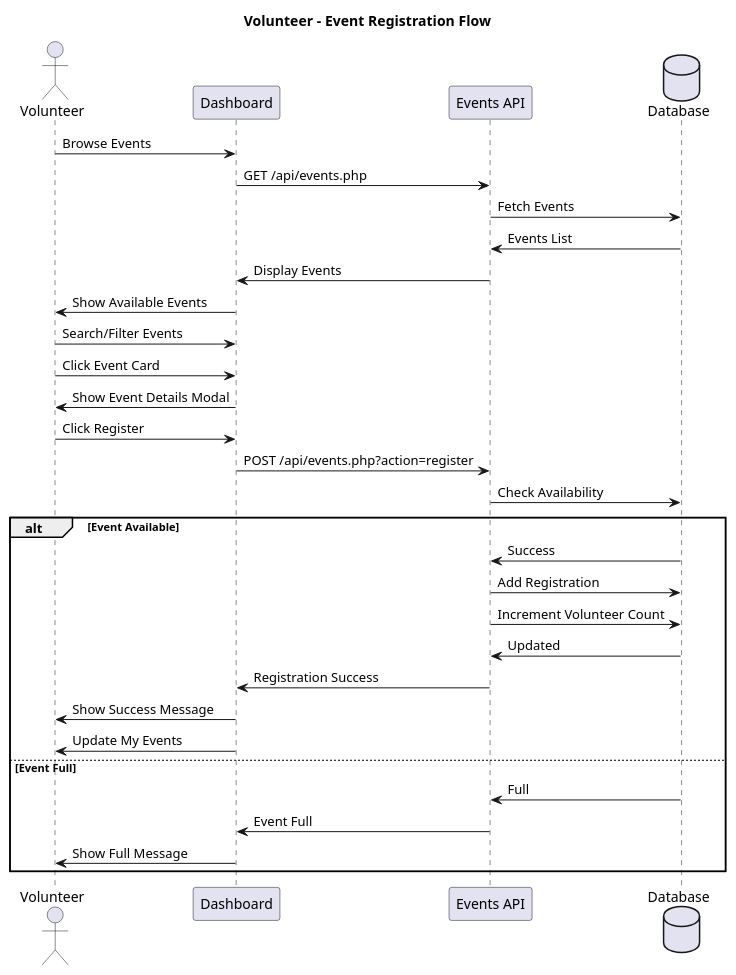
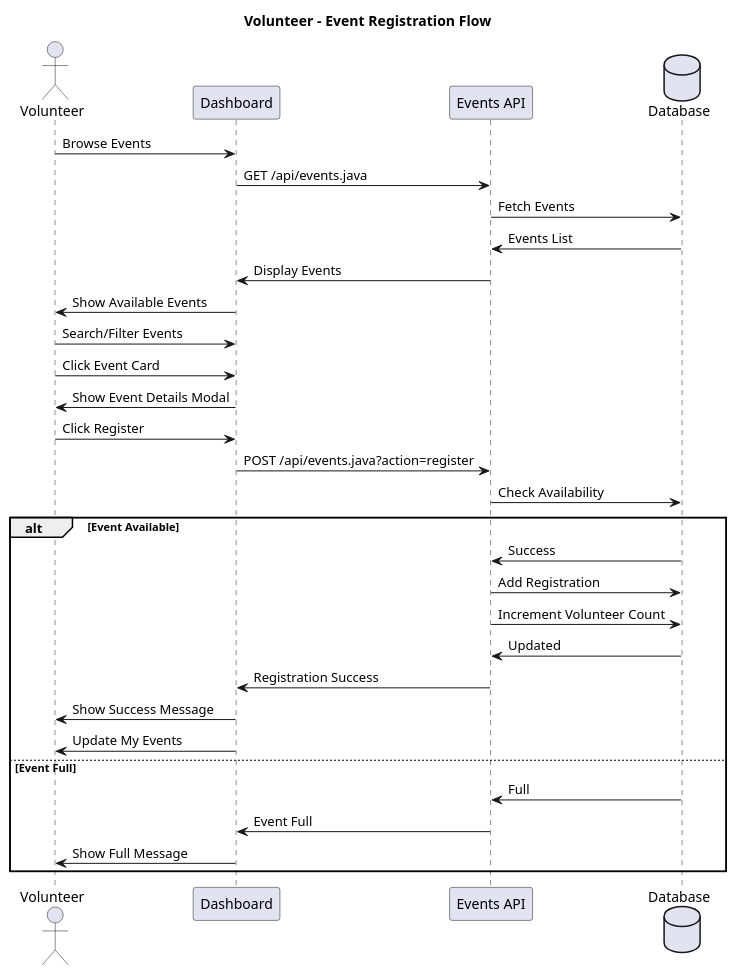
One commit to Llego-250/volunteerHub changed the second of 8 diagrams in flow_diagrams.puml. Above: the diagram before and after it, drawn with PlantUML. The commit also changed other lines of this file, not shown here.

Commit message:
flow diagram

```diff
--- a/flow_diagrams.puml
+++ b/flow_diagrams.puml
@@ -48,37 +48,37 @@
 @startuml
 title Volunteer - Event Registration Flow
 
 actor Volunteer
 participant "Dashboard" as VD
 participant "Events API" as API
 database "Database" as DB
 
 Volunteer -> VD: Browse Events
-VD -> API: GET /api/events.php
+VD -> API: GET /api/events.java
 API -> DB: Fetch Events
 DB -> API: Events List
 API -> VD: Display Events
 VD -> Volunteer: Show Available Events
 
 Volunteer -> VD: Search/Filter Events
 Volunteer -> VD: Click Event Card
 VD -> Volunteer: Show Event Details Modal
 
 Volunteer -> VD: Click Register
-VD -> API: POST /api/events.php?action=register
+VD -> API: POST /api/events.java?action=register
 API -> DB: Check Availability
 alt Event Available
     DB -> API: Success
     API -> DB: Add Registration
     API -> DB: Increment Volunteer Count
     DB -> API: Updated
     API -> VD: Registration Success
     VD -> Volunteer: Show Success Message
     VD -> Volunteer: Update My Events
 else Event Full
     DB -> API: Full
     API -> VD: Event Full
     VD -> Volunteer: Show Full Message
 end
 
 @enduml
```
